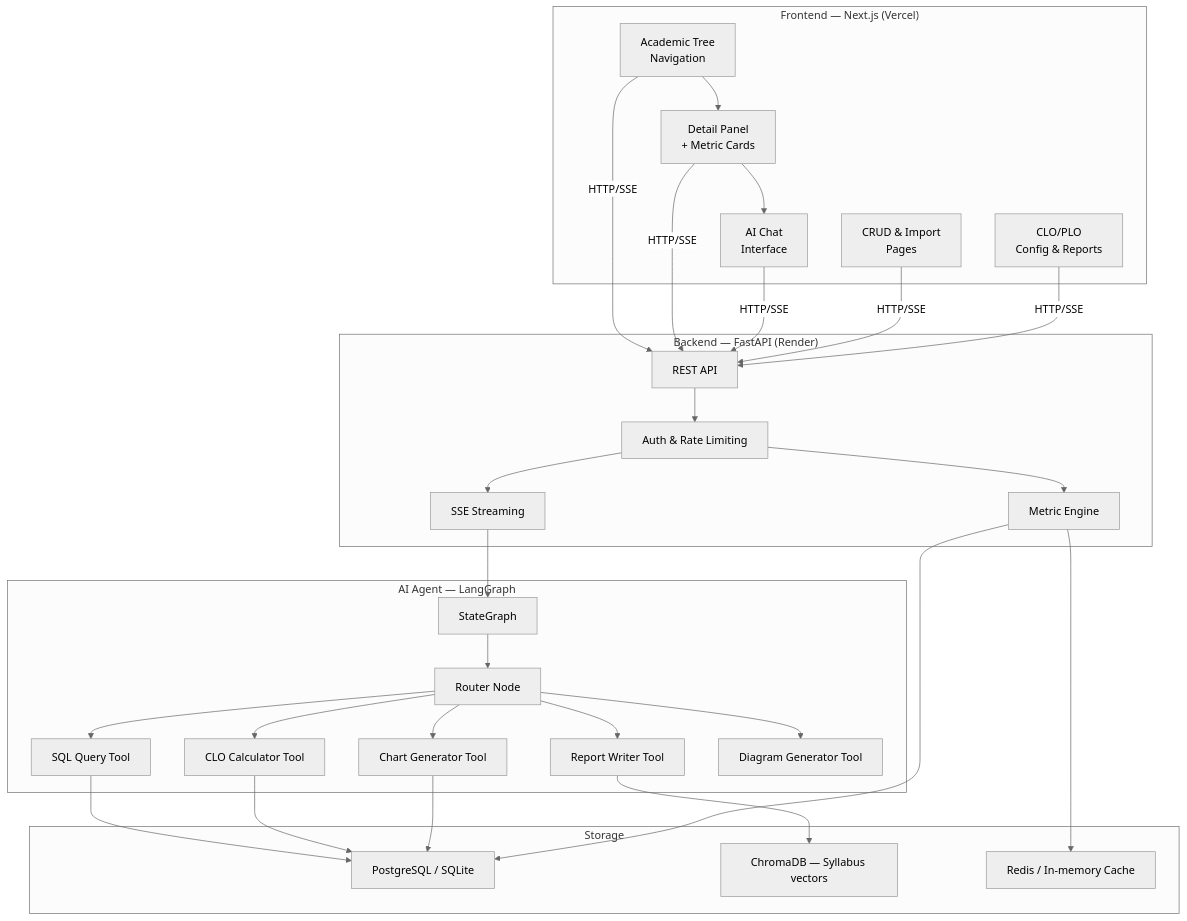
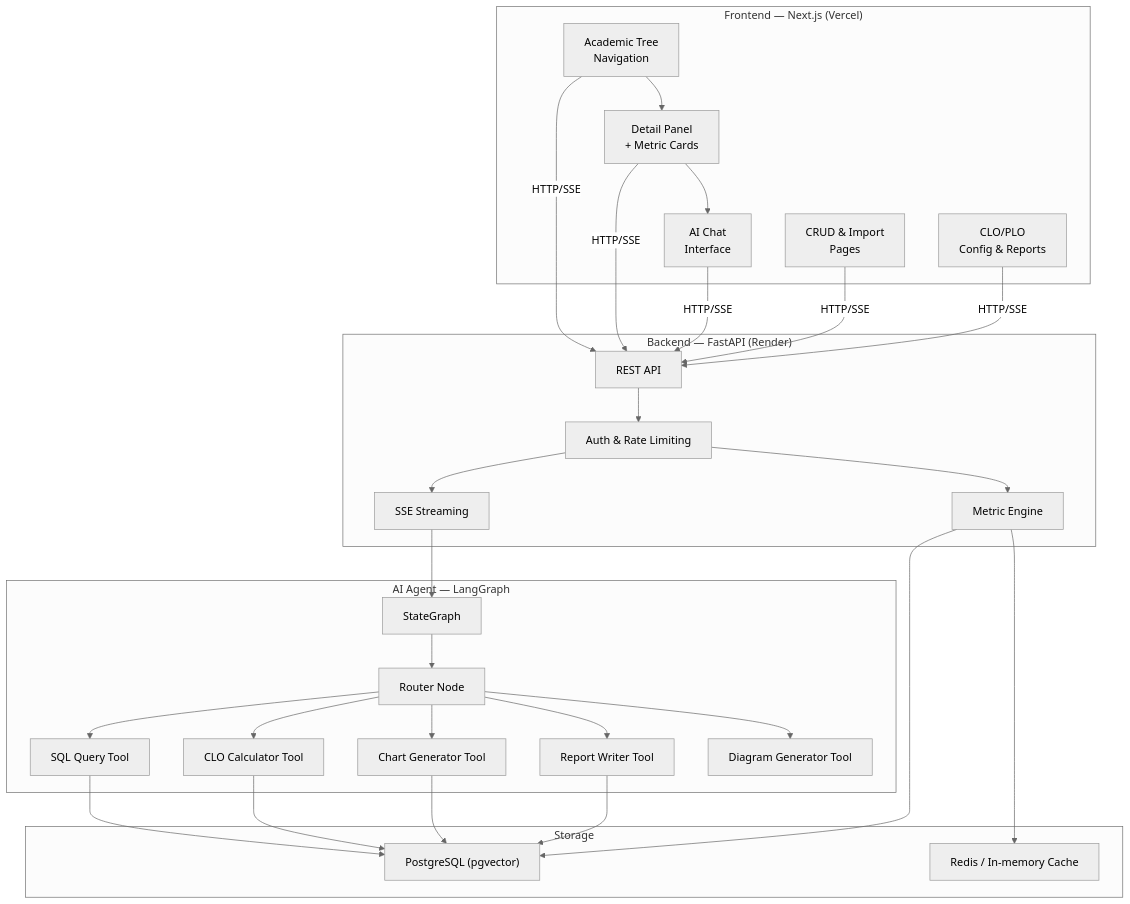
One commit to ritvien/-Learning-Analytics-AI changed the fourth of 6 diagrams in docs/02-PRD/PRD.md. Above: the diagram before and after it, drawn with Mermaid (neutral theme). The commit also changed other lines of this file and 27 other files, not shown here.

Commit message:
docs: update system architecture, diagrams, and langgraph references

````diff
--- a/docs/02-PRD/PRD.md
+++ b/docs/02-PRD/PRD.md
@@ -238,45 +238,44 @@
 ```mermaid
 graph TB
     subgraph "Frontend — Next.js (Vercel)"
         A["Academic Tree<br/>Navigation"]
         B["Detail Panel<br/>+ Metric Cards"]
         C["AI Chat<br/>Interface"]
         D["CRUD & Import<br/>Pages"]
         E["CLO/PLO<br/>Config & Reports"]
     end
 
     subgraph "Backend — FastAPI (Render)"
         F["REST API"]
         G["Auth & Rate Limiting"]
         H["Metric Engine"]
         I["SSE Streaming"]
     end
 
     subgraph "AI Agent — LangGraph"
         J["StateGraph"]
         K["Router Node"]
         L["SQL Query Tool"]
         M["CLO Calculator Tool"]
         N["Chart Generator Tool"]
         O["Report Writer Tool"]
         P["Diagram Generator Tool"]
     end
 
     subgraph "Storage"
-        Q["PostgreSQL / SQLite"]
-        R["ChromaDB — Syllabus vectors"]
+        Q["PostgreSQL (pgvector)"]
         S["Redis / In-memory Cache"]
     end
 
     A --> B --> C
     A & B & C & D & E -->|HTTP/SSE| F
     F --> G --> H
     G --> I --> J
     J --> K
     K --> L & M & N & O & P
     L & M --> Q
     N --> Q
-    O --> R
+    O --> Q
     H --> Q
     H --> S
 ```
````
